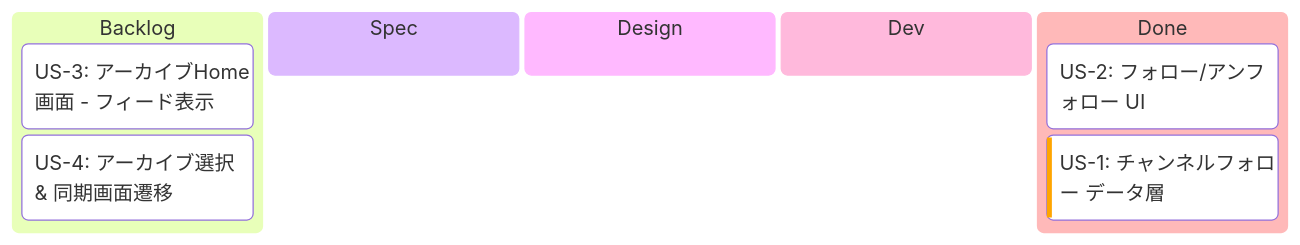
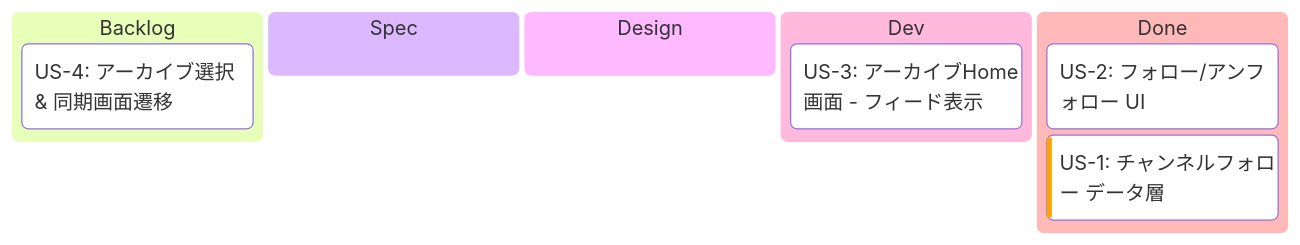
The first of 2 diagrams in implement-context/channel-follow-home/EPIC.md (saki0000/collab-stream), drawn with Mermaid before and after one commit. The commit also changed other lines of this file and 13 other files, not shown here.

````diff
--- a/implement-context/channel-follow-home/EPIC.md
+++ b/implement-context/channel-follow-home/EPIC.md
@@ -26,17 +26,17 @@
 ```mermaid
 ---
 config:
   kanban:
     ticketBaseUrl: ''
 ---
 kanban
   backlog[Backlog]
-    us3[US-3: アーカイブHome画面 - フィード表示]
     us4[US-4: アーカイブ選択 & 同期画面遷移]
   spec[Spec]
   design[Design]
   dev[Dev]
+    us3[US-3: アーカイブHome画面 - フィード表示]
   done[Done]
     us2[US-2: フォロー/アンフォロー UI]
     us1[US-1: チャンネルフォロー データ層]@{ priority: 'High' }
 ```
````
